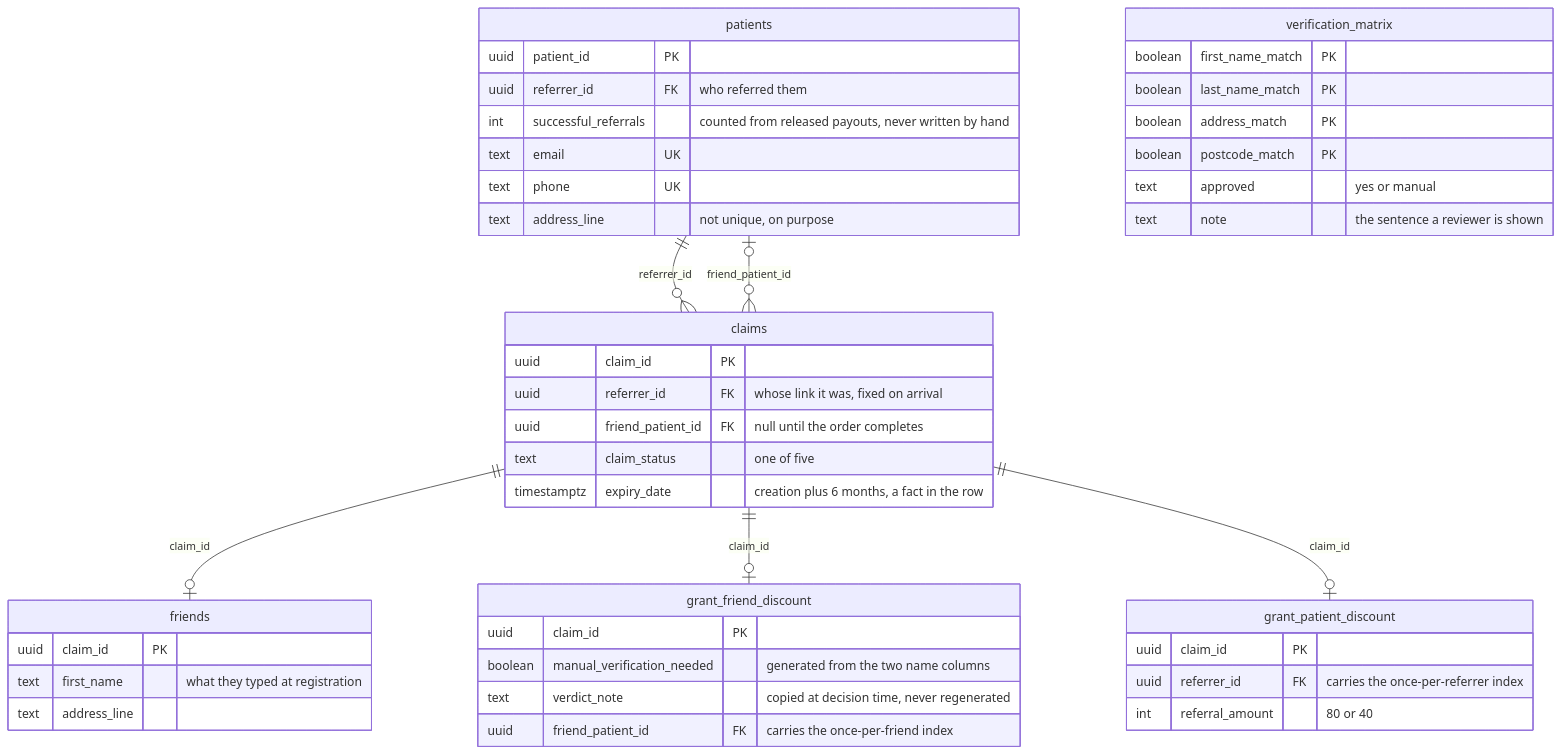
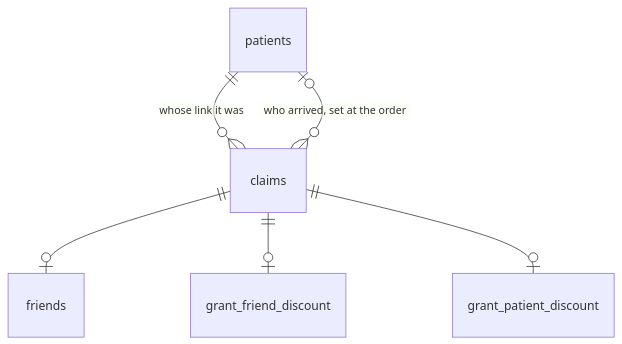
The diagram in README.md (joleneann/bolt-referral-tables), drawn with Mermaid before and after one commit. The commit also changed other lines of this file, not shown here.

Commit message:
Cut both flowcharts and strip the table diagram to relationships

````diff
--- a/README.md
+++ b/README.md
@@ -129,47 +112,8 @@
 ```mermaid
 erDiagram
-    patients {
-        uuid patient_id PK
-        uuid referrer_id FK "who referred them"
-        int successful_referrals "counted from released payouts, never written by hand"
-        text email UK
-        text phone UK
-        text address_line "not unique, on purpose"
-    }
-    claims {
-        uuid claim_id PK
-        uuid referrer_id FK "whose link it was, fixed on arrival"
-        uuid friend_patient_id FK "null until the order completes"
-        text claim_status "one of five"
-        timestamptz expiry_date "creation plus 6 months, a fact in the row"
-    }
-    friends {
-        uuid claim_id PK
-        text first_name "what they typed at registration"
-        text address_line
-    }
-    grant_friend_discount {
-        uuid claim_id PK
-        boolean manual_verification_needed "generated from the two name columns"
-        text verdict_note "copied at decision time, never regenerated"
-        uuid friend_patient_id FK "carries the once-per-friend index"
-    }
-    grant_patient_discount {
-        uuid claim_id PK
-        uuid referrer_id FK "carries the once-per-referrer index"
-        int referral_amount "80 or 40"
-    }
-    verification_matrix {
-        boolean first_name_match PK
-        boolean last_name_match PK
-        boolean address_match PK
-        boolean postcode_match PK
-        text approved "yes or manual"
-        text note "the sentence a reviewer is shown"
-    }
-    patients ||--o{ claims : "referrer_id"
-    patients |o--o{ claims : "friend_patient_id"
-    claims ||--o| friends : "claim_id"
-    claims ||--o| grant_friend_discount : "claim_id"
-    claims ||--o| grant_patient_discount : "claim_id"
+    patients ||--o{ claims : "whose link it was"
+    patients |o--o{ claims : "who arrived, set at the order"
+    claims ||--o| friends : ""
+    claims ||--o| grant_friend_discount : ""
+    claims ||--o| grant_patient_discount : ""
 ```
````
